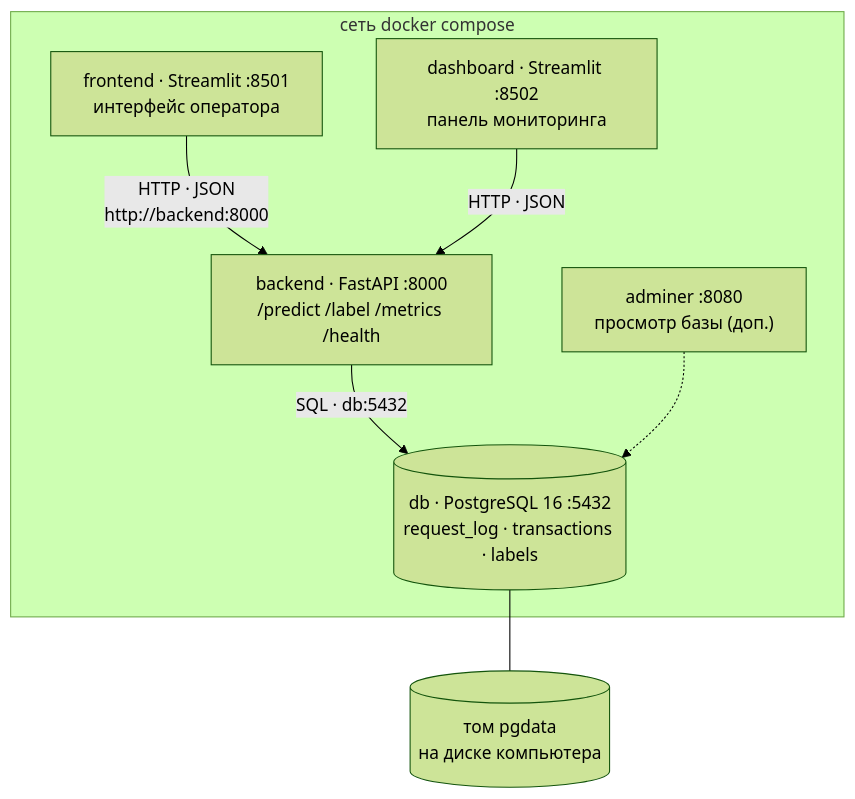
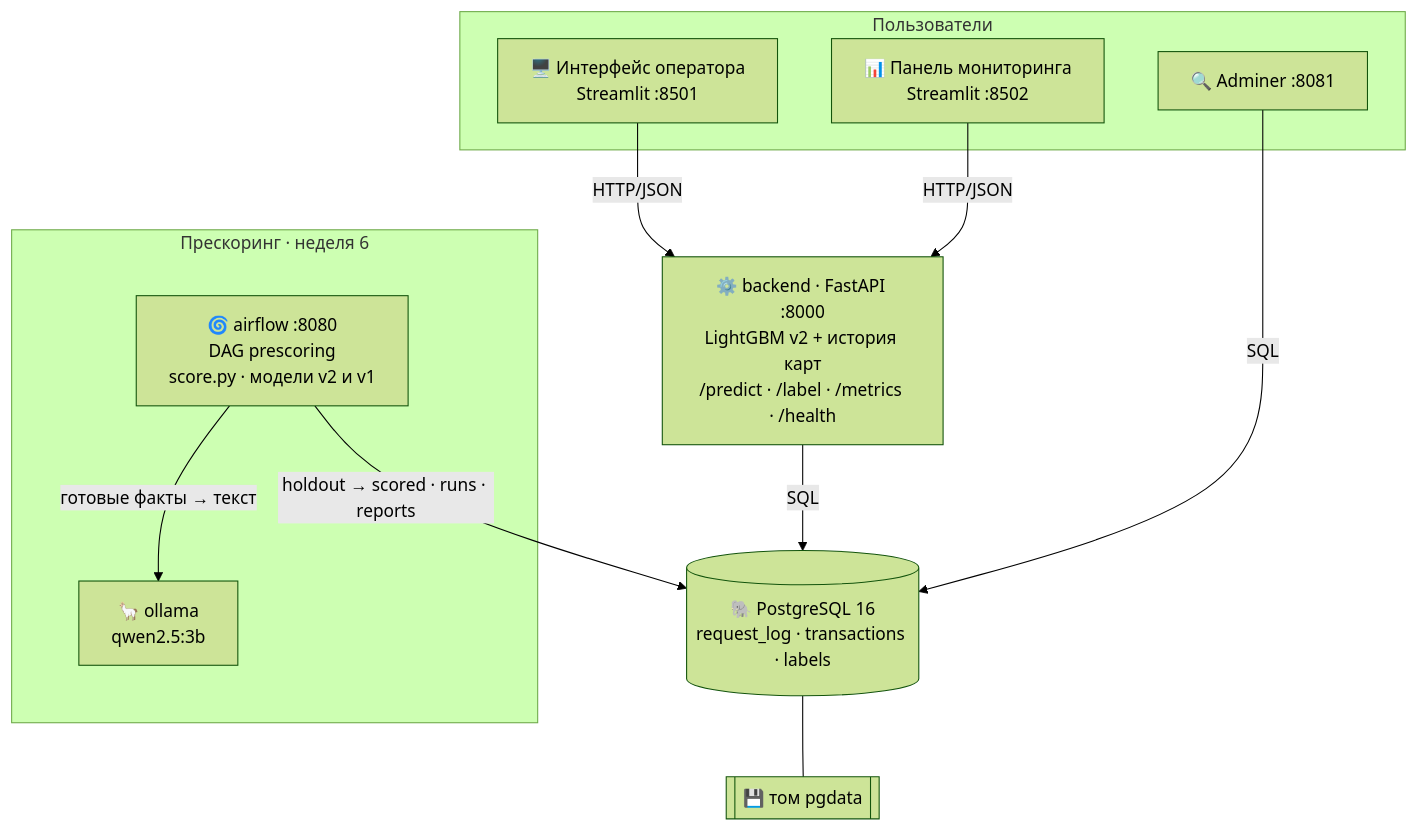
Before and after one commit to liyaaal/antifraud: the diagram in README.md, drawn with Mermaid (forest theme). The commit also changed other lines of this file and 40 other files, not shown here.

````diff
--- a/README.md
+++ b/README.md
@@ -91,15 +67,22 @@
 ```mermaid
 flowchart TB
-  subgraph net["сеть docker compose"]
-    FE["frontend · Streamlit :8501<br/>интерфейс оператора"]
-    DB_UI["dashboard · Streamlit :8502<br/>панель мониторинга"]
-    BE["backend · FastAPI :8000<br/>/predict /label /metrics /health"]
-    PG[("db · PostgreSQL 16 :5432<br/>request_log · transactions · labels")]
-    AD["adminer :8080<br/>просмотр базы (доп.)"]
-    FE -- "HTTP · JSON<br/>http://backend:8000" --> BE
-    DB_UI -- "HTTP · JSON" --> BE
-    BE -- "SQL · db:5432" --> PG
-    AD -.-> PG
+  subgraph users["Пользователи"]
+    FE["🖥️ Интерфейс оператора<br/>Streamlit :8501"]
+    DA["📊 Панель мониторинга<br/>Streamlit :8502"]
+    AD["🔍 Adminer :8081"]
   end
-  PG --- VOL[("том pgdata<br/>на диске компьютера")]
+  subgraph batch["Прескоринг · неделя 6"]
+    AF["🌀 airflow :8080<br/>DAG prescoring<br/>score.py · модели v2 и v1"]
+    LLM["🦙 ollama<br/>qwen2.5:3b"]
+  end
+  BE["⚙️ backend · FastAPI :8000<br/>LightGBM v2 + история карт<br/>/predict · /label · /metrics · /health"]
+  DB[("🐘 PostgreSQL 16<br/>request_log · transactions · labels")]
+  VOL[["💾 том pgdata"]]
+  FE -- HTTP/JSON --> BE
+  DA -- HTTP/JSON --> BE
+  BE -- SQL --> DB
+  AD -- SQL --> DB
+  DB --- VOL
+  AF -- "holdout → scored · runs · reports" --> DB
+  AF -- "готовые факты → текст" --> LLM
 ```
````
